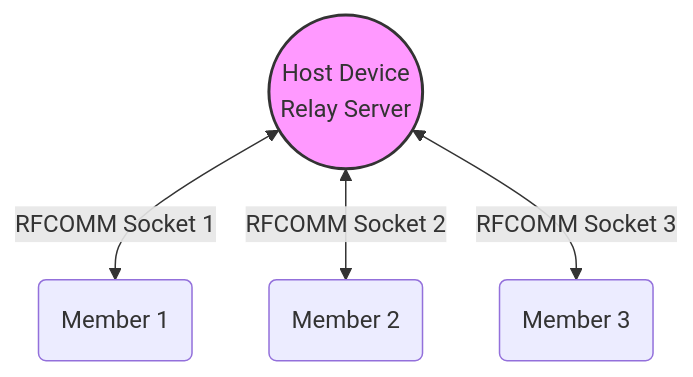
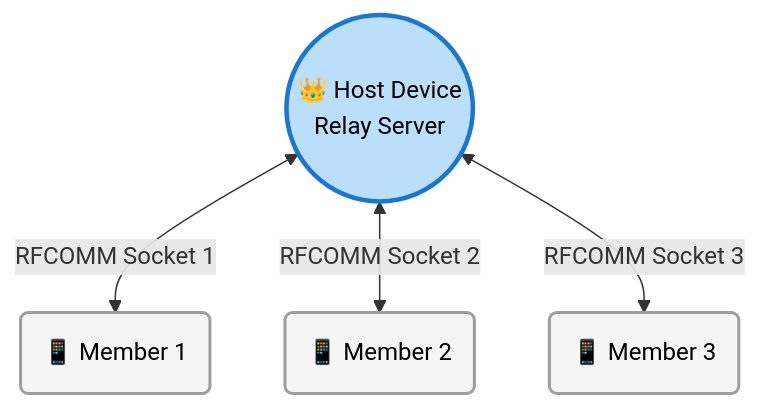
One commit to amEya911/NearChat changed the second of 4 diagrams in README.md. Above: the diagram before and after it, drawn with Mermaid. The commit also changed other lines of this file, not shown here.

````diff
--- a/README.md
+++ b/README.md
@@ -78,13 +84,16 @@
 ```mermaid
 graph TD
-    Host((Host Device<br/>Relay Server))
-    Member1(Member 1)
-    Member2(Member 2)
-    Member3(Member 3)
+    Host((👑 Host Device<br/>Relay Server))
+    Member1(📱 Member 1)
+    Member2(📱 Member 2)
+    Member3(📱 Member 3)
 
     Host <-->|RFCOMM Socket 1| Member1
     Host <-->|RFCOMM Socket 2| Member2
     Host <-->|RFCOMM Socket 3| Member3
 
-    style Host fill:#f9f,stroke:#333,stroke-width:2px
+    style Host fill:#bbdefb,stroke:#1976d2,stroke-width:3px,color:#000
+    style Member1 fill:#f5f5f5,stroke:#9e9e9e,stroke-width:2px,color:#000
+    style Member2 fill:#f5f5f5,stroke:#9e9e9e,stroke-width:2px,color:#000
+    style Member3 fill:#f5f5f5,stroke:#9e9e9e,stroke-width:2px,color:#000
 ```
````
